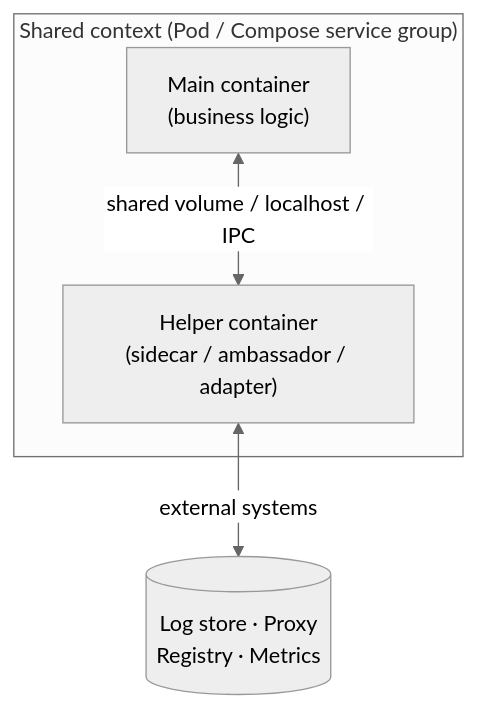
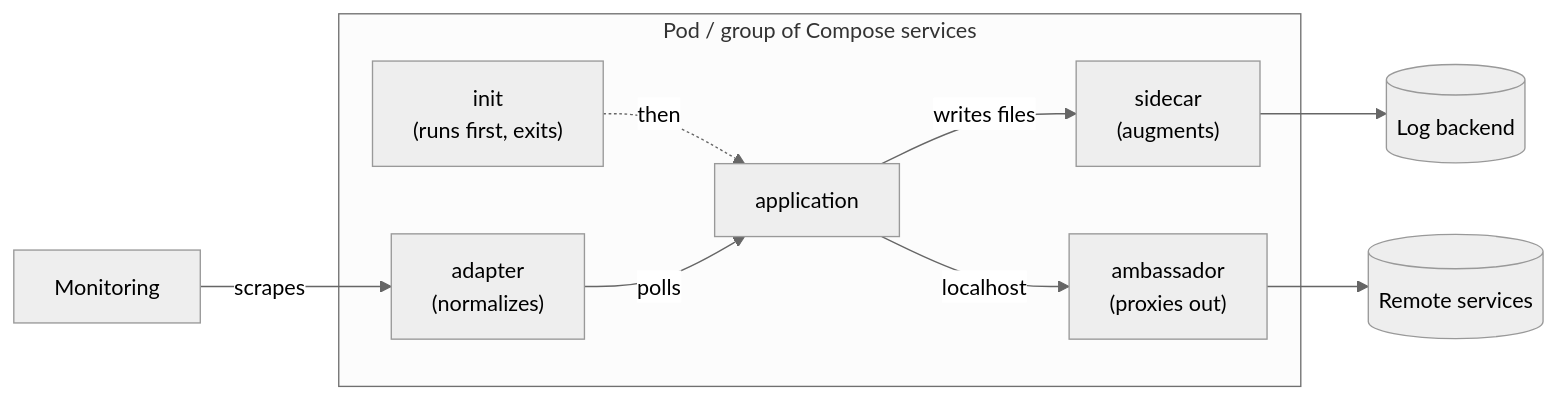
One commit to AndrewAltimit/Documentation changed the first of 5 diagrams in github-pages/docs/technology/docker/docker-design-patterns.md. Above: the diagram before and after it, drawn with Mermaid (neutral theme). The commit also changed other lines of this file and 240 other files, not shown here.

````diff
--- a/github-pages/docs/technology/docker/docker-design-patterns.md
+++ b/github-pages/docs/technology/docker/docker-design-patterns.md
@@ -23,9 +30,17 @@
 ```mermaid
-flowchart TB
-    subgraph Pod["Shared context (Pod / Compose service group)"]
-        App["Main container<br/>(business logic)"]
-        Helper["Helper container<br/>(sidecar / ambassador / adapter)"]
-        App <-->|shared volume / localhost / IPC| Helper
+flowchart LR
+    subgraph Pod["Pod / group of Compose services"]
+        Init["init<br/>(runs first, exits)"]
+        App["application"]
+        Side["sidecar<br/>(augments)"]
+        Amb["ambassador<br/>(proxies out)"]
+        Adp["adapter<br/>(normalizes)"]
+        Init -.->|then| App
+        App -->|writes files| Side
+        App -->|localhost| Amb
+        Adp -->|polls| App
     end
-    Helper <-->|external systems| Ext[("Log store · Proxy<br/>Registry · Metrics")]
+    Side --> Logs[("Log backend")]
+    Amb --> Deps[("Remote services")]
+    Mon["Monitoring"] -->|scrapes| Adp
 ```
````
